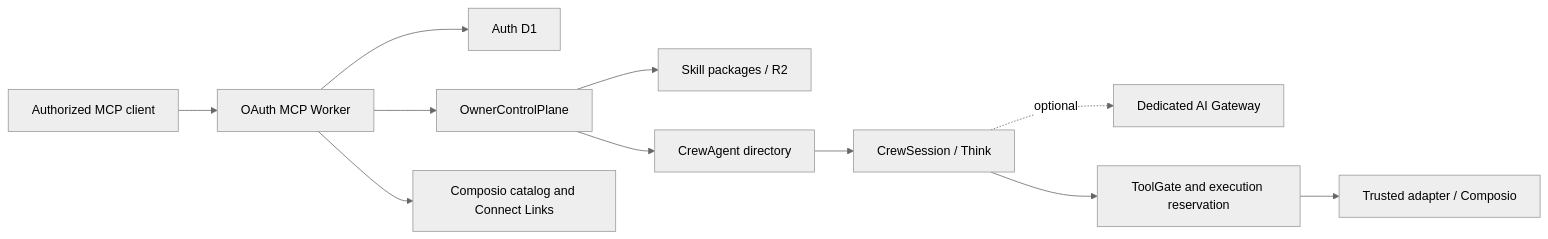
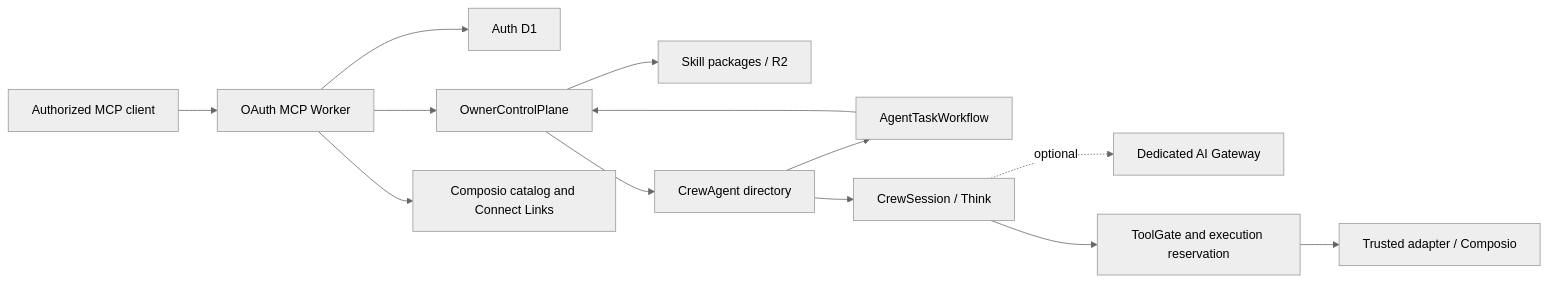
Before and after one commit to fkrein1/crewhelm: the diagram in docs/architecture/system.md, drawn with Mermaid (neutral theme). The commit also changed other lines of this file and 46 other files, not shown here.

````diff
--- a/docs/architecture/system.md
+++ b/docs/architecture/system.md
@@ -11,13 +11,15 @@
 ```mermaid
 flowchart LR
     MCP["Authorized MCP client"] --> Worker["OAuth MCP Worker"]
     Worker --> Auth["Auth D1"]
     Worker --> Owner["OwnerControlPlane"]
     Owner --> Skills["Skill packages / R2"]
     Owner --> Agent["CrewAgent directory"]
+    Agent --> Workflow["AgentTaskWorkflow"]
+    Workflow --> Owner
     Agent --> Session["CrewSession / Think"]
     Session -. optional .-> Gateway["Dedicated AI Gateway"]
     Worker --> Catalog["Composio catalog and Connect Links"]
     Session --> Gate["ToolGate and execution reservation"]
     Gate --> Composio["Trusted adapter / Composio"]
 ```
````
